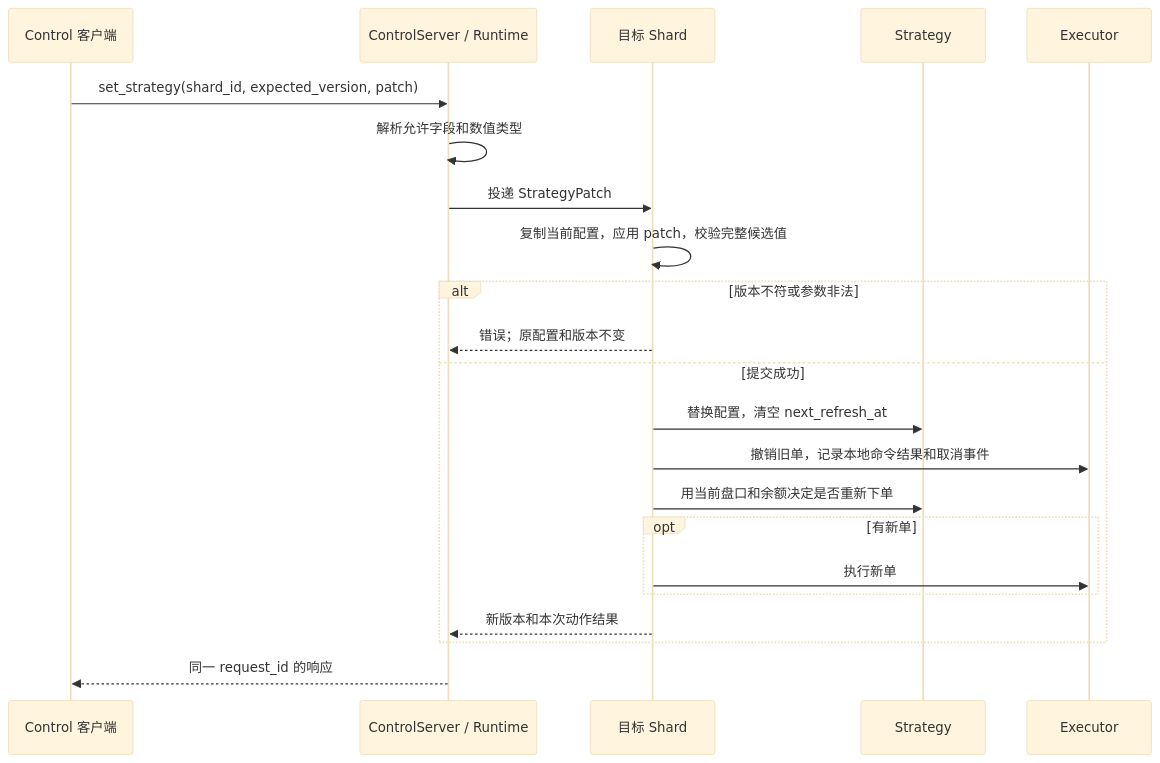
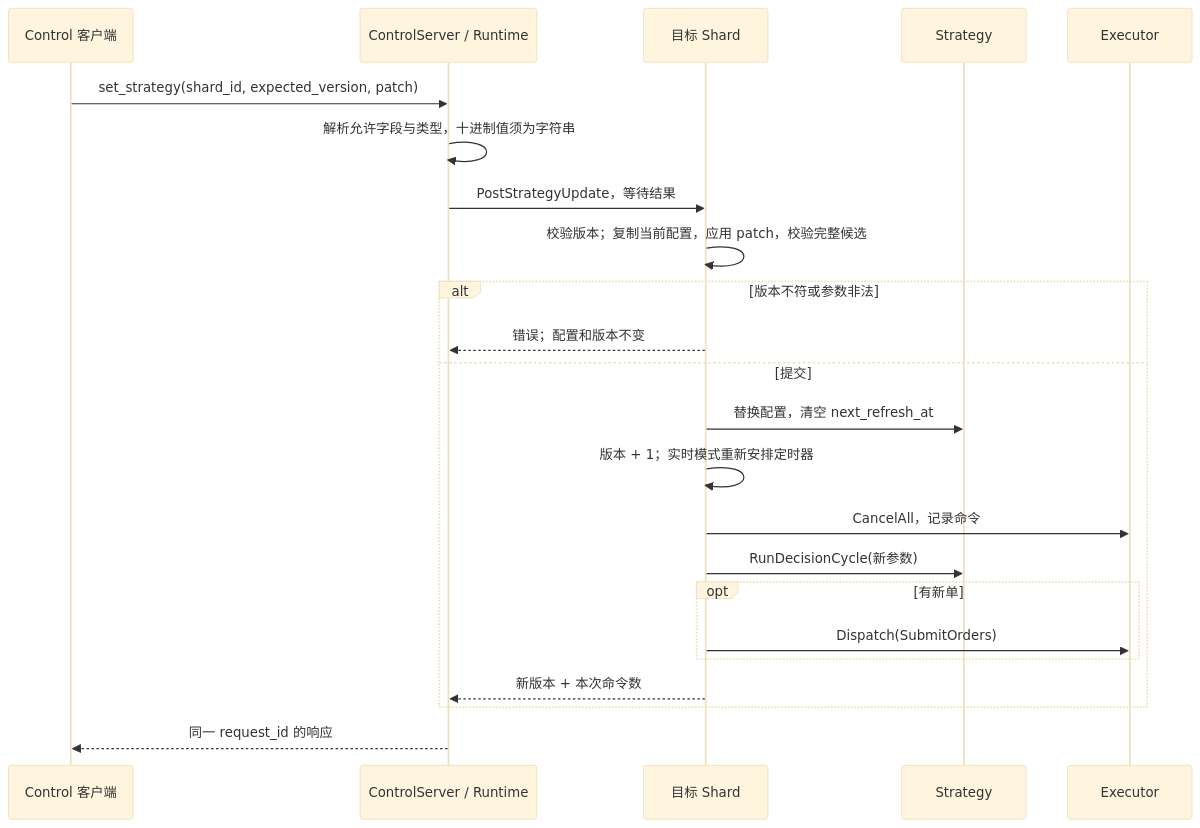
One commit to larrystd/hbot-quant changed diagram 11 of 12 in docs/DESIGN.md. Above: the diagram before and after it, drawn with Mermaid (base theme). The commit also changed other lines of this file and 57 other files, not shown here.

```diff
--- a/docs/DESIGN.md
+++ b/docs/DESIGN.md
@@ -455,24 +853,25 @@
 ~~~mermaid
 sequenceDiagram
     participant C as Control 客户端
     participant A as ControlServer / Runtime
     participant S as 目标 Shard
     participant P as Strategy
     participant E as Executor
     C->>A: set_strategy(shard_id, expected_version, patch)
-    A->>A: 解析允许字段和数值类型
-    A->>S: 投递 StrategyPatch
-    S->>S: 复制当前配置，应用 patch，校验完整候选值
+    A->>A: 解析允许字段与类型，十进制值须为字符串
+    A->>S: PostStrategyUpdate，等待结果
+    S->>S: 校验版本；复制当前配置，应用 patch，校验完整候选
     alt 版本不符或参数非法
-        S-->>A: 错误；原配置和版本不变
-    else 提交成功
+        S-->>A: 错误；配置和版本不变
+    else 提交
         S->>P: 替换配置，清空 next_refresh_at
-        S->>E: 撤销旧单，记录本地命令结果和取消事件
-        S->>P: 用当前盘口和余额决定是否重新下单
+        S->>S: 版本 + 1；实时模式重新安排定时器
+        S->>E: CancelAll，记录命令
+        S->>P: RunDecisionCycle(新参数)
         opt 有新单
-            S->>E: 执行新单
+            S->>E: Dispatch(SubmitOrders)
         end
-        S-->>A: 新版本和本次动作结果
+        S-->>A: 新版本 + 本次命令数
     end
     A-->>C: 同一 request_id 的响应
 ~~~
```
